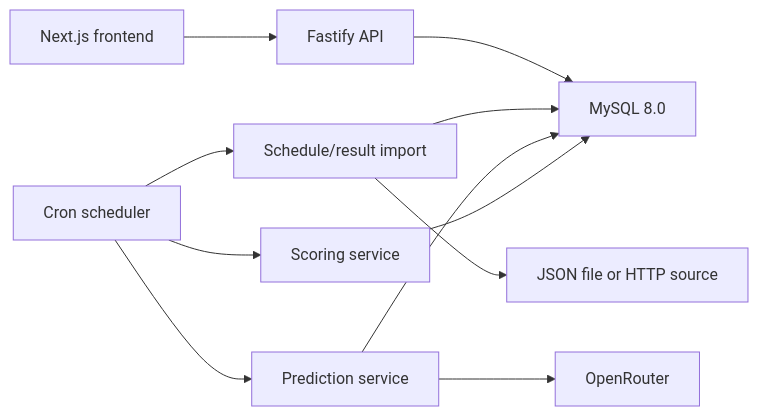
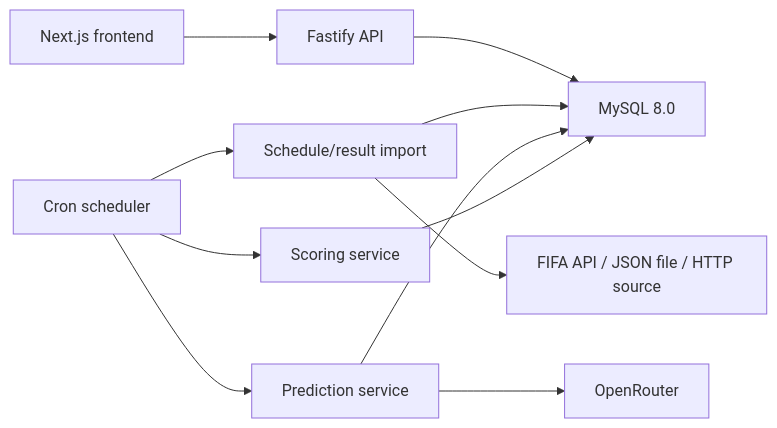
Before and after one commit to Pana/ai-world-cup: the diagram in README.md, drawn with Mermaid. The commit also changed other lines of this file and 8 other files, not shown here.

Commit message:
feat: sync schedule from FIFA API

````diff
--- a/README.md
+++ b/README.md
@@ -83,13 +83,13 @@
 ```mermaid
 flowchart LR
     Browser["Next.js frontend"] --> API["Fastify API"]
     API --> MySQL["MySQL 8.0"]
     Scheduler["Cron scheduler"] --> Import["Schedule/result import"]
     Scheduler --> Predict["Prediction service"]
     Scheduler --> Score["Scoring service"]
-    Import --> Source["JSON file or HTTP source"]
+    Import --> Source["FIFA API / JSON file / HTTP source"]
     Import --> MySQL
     Predict --> OpenRouter["OpenRouter"]
     Predict --> MySQL
     Score --> MySQL
 ```
````
